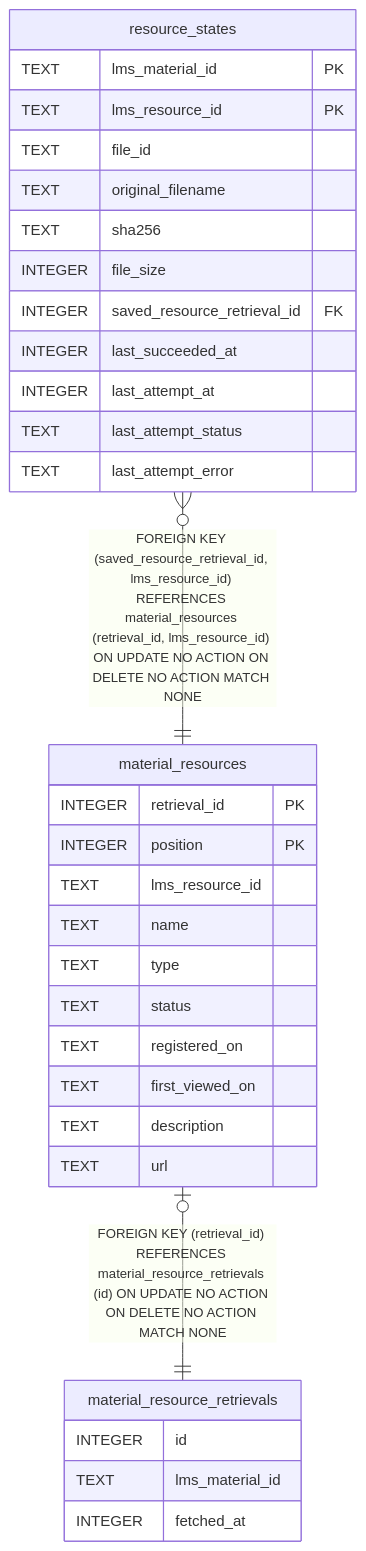
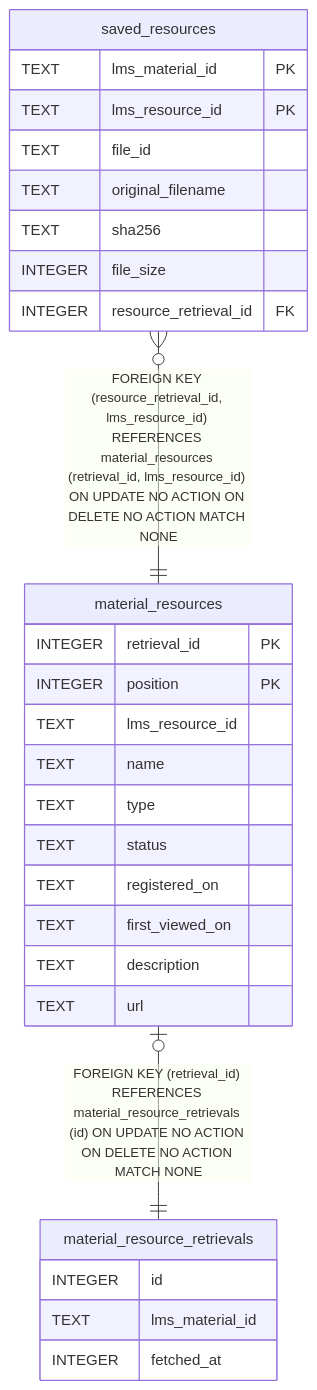
Before and after one commit to futsuuu/ku-potato: the diagram in docs/db/material_resources.md, drawn with Mermaid. The commit also changed other lines of this file and 29 other files, not shown here.

````diff
--- a/docs/db/material_resources.md
+++ b/docs/db/material_resources.md
@@ -67,37 +67,33 @@
 ```mermaid
 erDiagram
 
 "material_resources" |o--|| "material_resource_retrievals" : "FOREIGN KEY (retrieval_id) REFERENCES material_resource_retrievals (id) ON UPDATE NO ACTION ON DELETE NO ACTION MATCH NONE"
-"resource_states" }o--|| "material_resources" : "FOREIGN KEY (saved_resource_retrieval_id, lms_resource_id) REFERENCES material_resources (retrieval_id, lms_resource_id) ON UPDATE NO ACTION ON DELETE NO ACTION MATCH NONE"
+"saved_resources" }o--|| "material_resources" : "FOREIGN KEY (resource_retrieval_id, lms_resource_id) REFERENCES material_resources (retrieval_id, lms_resource_id) ON UPDATE NO ACTION ON DELETE NO ACTION MATCH NONE"
 
 "material_resources" {
   INTEGER retrieval_id PK
   INTEGER position PK
   TEXT lms_resource_id
   TEXT name
   TEXT type
   TEXT status
   TEXT registered_on
   TEXT first_viewed_on
   TEXT description
   TEXT url
 }
 "material_resource_retrievals" {
   INTEGER id
   TEXT lms_material_id
   INTEGER fetched_at
 }
-"resource_states" {
+"saved_resources" {
   TEXT lms_material_id PK
   TEXT lms_resource_id PK
   TEXT file_id
   TEXT original_filename
   TEXT sha256
   INTEGER file_size
-  INTEGER saved_resource_retrieval_id FK
-  INTEGER last_succeeded_at
-  INTEGER last_attempt_at
-  TEXT last_attempt_status
-  TEXT last_attempt_error
+  INTEGER resource_retrieval_id FK
 }
 ```
````
